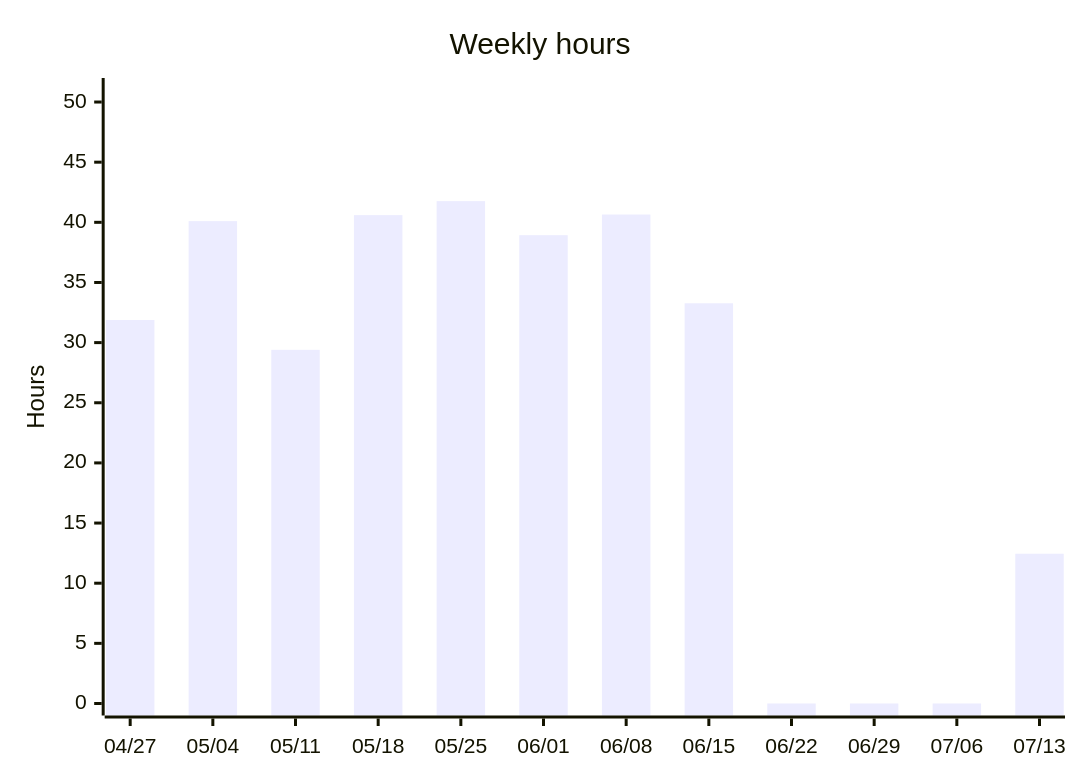
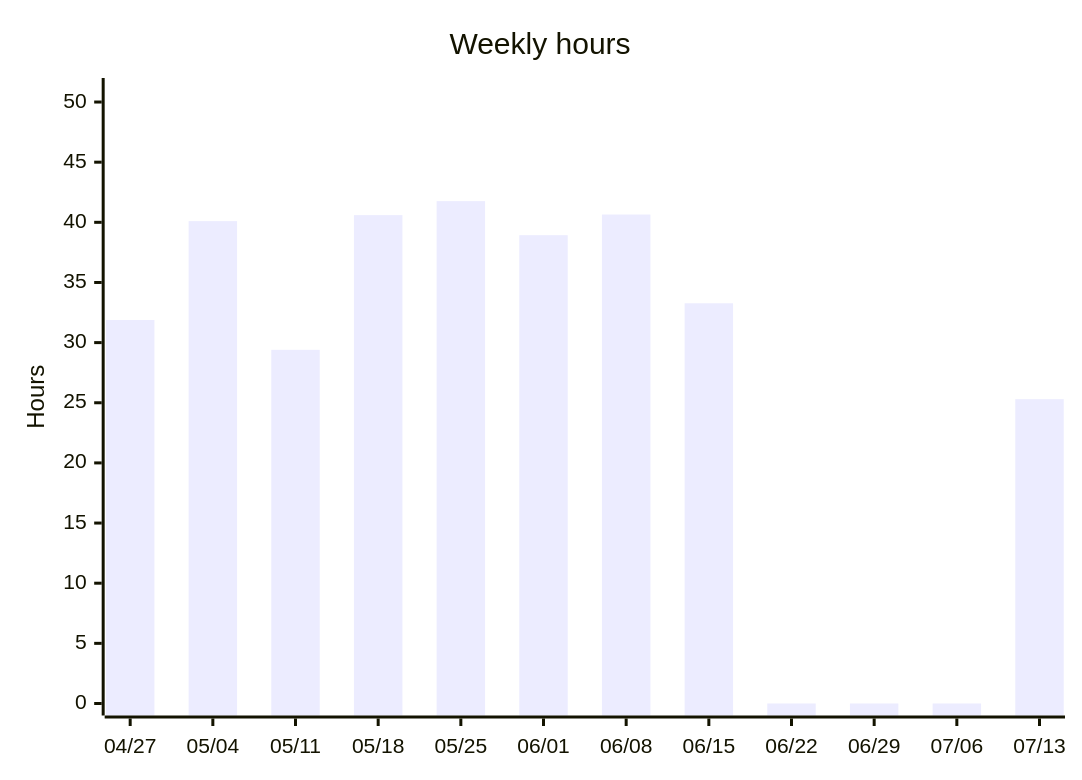
The third of 5 diagrams in README.org (albinforsberg-netizen/timeclock), drawn with Mermaid before and after one commit. The commit also changed other lines of this file, not shown here.

```diff
--- a/README.org
+++ b/README.org
@@ -103,7 +103,7 @@
 #+begin_src mermaid
 xychart-beta
     title "Weekly hours"
     x-axis ["04/27", "05/04", "05/11", "05/18", "05/25", "06/01", "06/08", "06/15", "06/22", "06/29", "07/06", "07/13"]
     y-axis "Hours" 0 --> 51
-    bar [31.88, 40.10, 29.40, 40.60, 41.76, 38.93, 40.65, 33.27, 0.00, 0.00, 0.00, 12.45]
+    bar [31.88, 40.10, 29.40, 40.60, 41.76, 38.93, 40.65, 33.27, 0.00, 0.00, 0.00, 25.30]
 #+end_src
```
